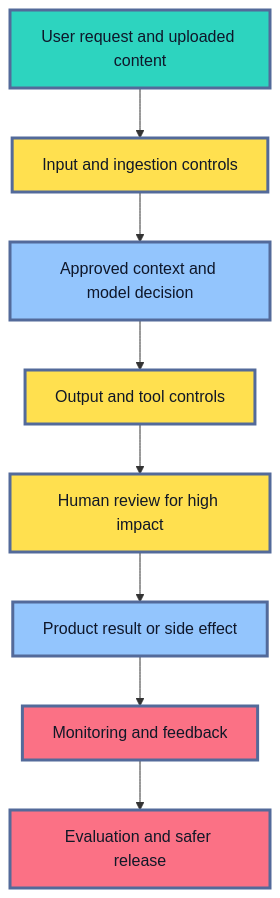
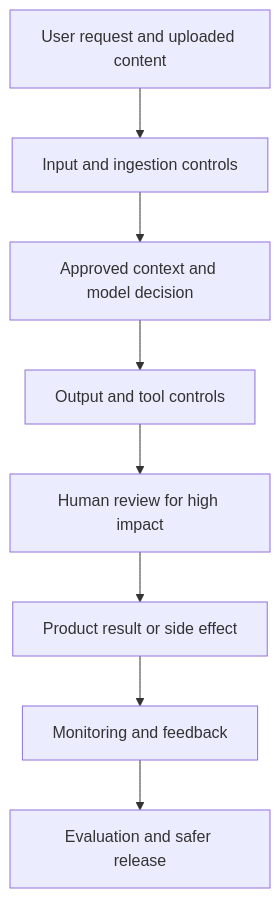
The first of 4 diagrams in roadmaps/mlops/modules/llmops/safety-and-governance/03-guardrails-and-risk.md (senlinyy/dev-roadmaps), drawn with Mermaid before and after one commit. The commit also changed other lines of this file and 152 other files, not shown here.

Commit message:
feat: mlops and diagrams updated

````diff
--- a/roadmaps/mlops/modules/llmops/safety-and-governance/03-guardrails-and-risk.md
+++ b/roadmaps/mlops/modules/llmops/safety-and-governance/03-guardrails-and-risk.md
@@ -39,19 +39,15 @@
 ```mermaid
 flowchart TD
     A["User request and uploaded content"] --> B["Input and ingestion controls"]
     B --> C["Approved context and model decision"]
     C --> D["Output and tool controls"]
     D --> E["Human review for high impact"]
     E --> F["Product result or side effect"]
     F --> G["Monitoring and feedback"]
     G --> H["Evaluation and safer release"]
 
-    classDef source fill:#2DD4BF,stroke:#536A9A,stroke-width:3px,color:#0F172A
-    classDef control fill:#FFE04F,stroke:#536A9A,stroke-width:3px,color:#111827
-    classDef result fill:#93C5FD,stroke:#536A9A,stroke-width:3px,color:#0F172A
-    classDef evidence fill:#FB7185,stroke:#536A9A,stroke-width:3px,color:#111827
     class A source
     class B,D,E control
     class C,F result
     class G,H evidence
 ```
````
